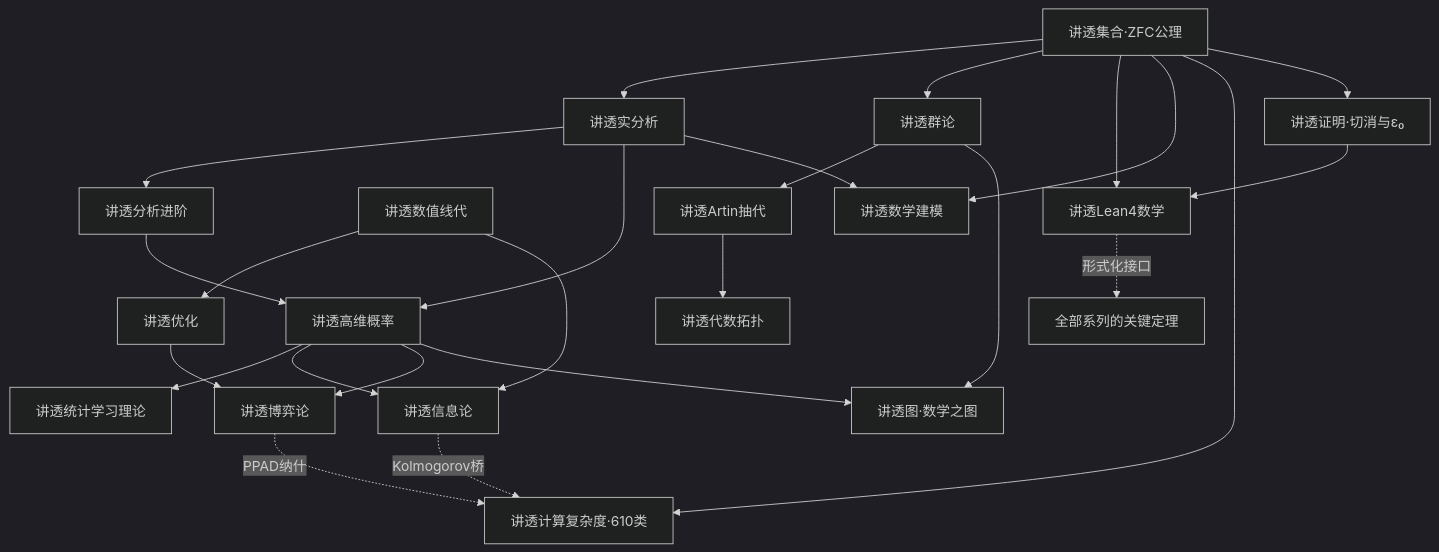
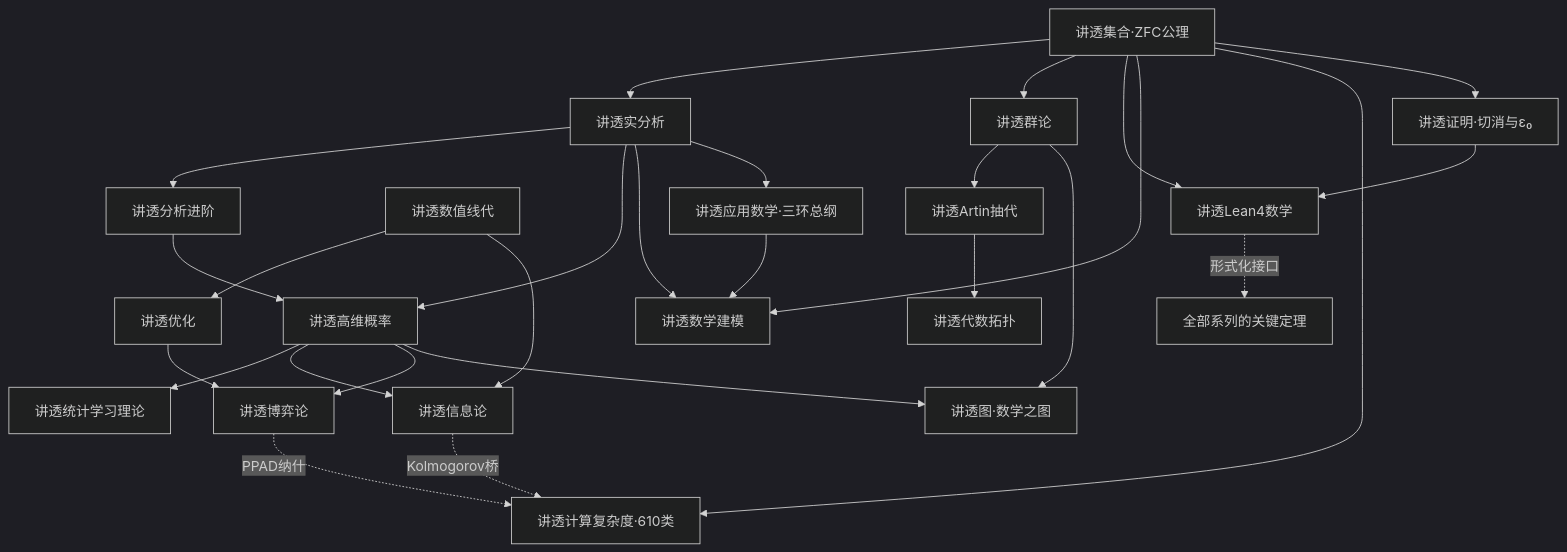
One commit to leemiracle/work4ai changed the diagram in 讲透数学/README.md. Above: the diagram before and after it, drawn with Mermaid (dark theme). The commit also changed other lines of this file and 12 other files, not shown here.

````diff
--- a/讲透数学/README.md
+++ b/讲透数学/README.md
@@ -59,27 +60,29 @@
 ```mermaid
 graph TD
     SET[讲透集合·ZFC公理] --> RA[讲透实分析]
     SET --> GT[讲透群论]
     SET --> LEAN[讲透Lean4数学]
     NLA[讲透数值线代] --> OPT[讲透优化]
     RA --> AA[讲透分析进阶]
     RA --> HDP[讲透高维概率]
     AA --> HDP
     HDP --> SLT[讲透统计学习理论]
     GT --> ARTIN[讲透Artin抽代]
     ARTIN --> AT[讲透代数拓扑]
     HDP --> IT[讲透信息论]
     NLA --> IT
     HDP --> GT2[讲透博弈论]
     OPT --> GT2
     SET --> MM[讲透数学建模]
     RA --> MM
+    RA --> AM[讲透应用数学·三环总纲]
+    AM --> MM
     GT --> GRAPH[讲透图·数学之图]
     HDP --> GRAPH
     SET --> CX[讲透计算复杂度·610类]
     SET --> PROOF[讲透证明·切消与ε₀]
     PROOF --> LEAN
     IT -.Kolmogorov桥.-> CX
     GT2 -.PPAD纳什.-> CX
     LEAN -.形式化接口.-> ALL[全部系列的关键定理]
 ```
````
